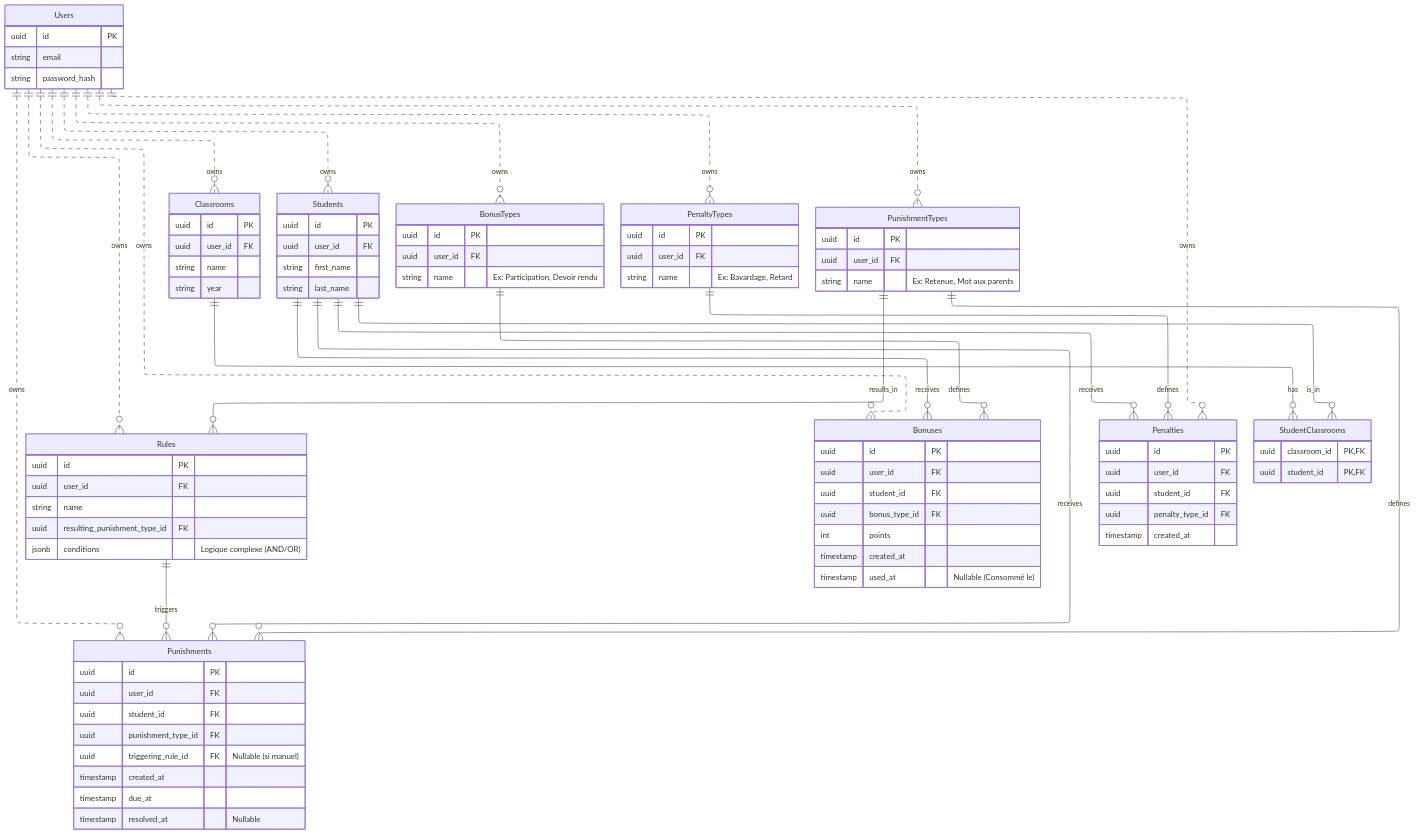
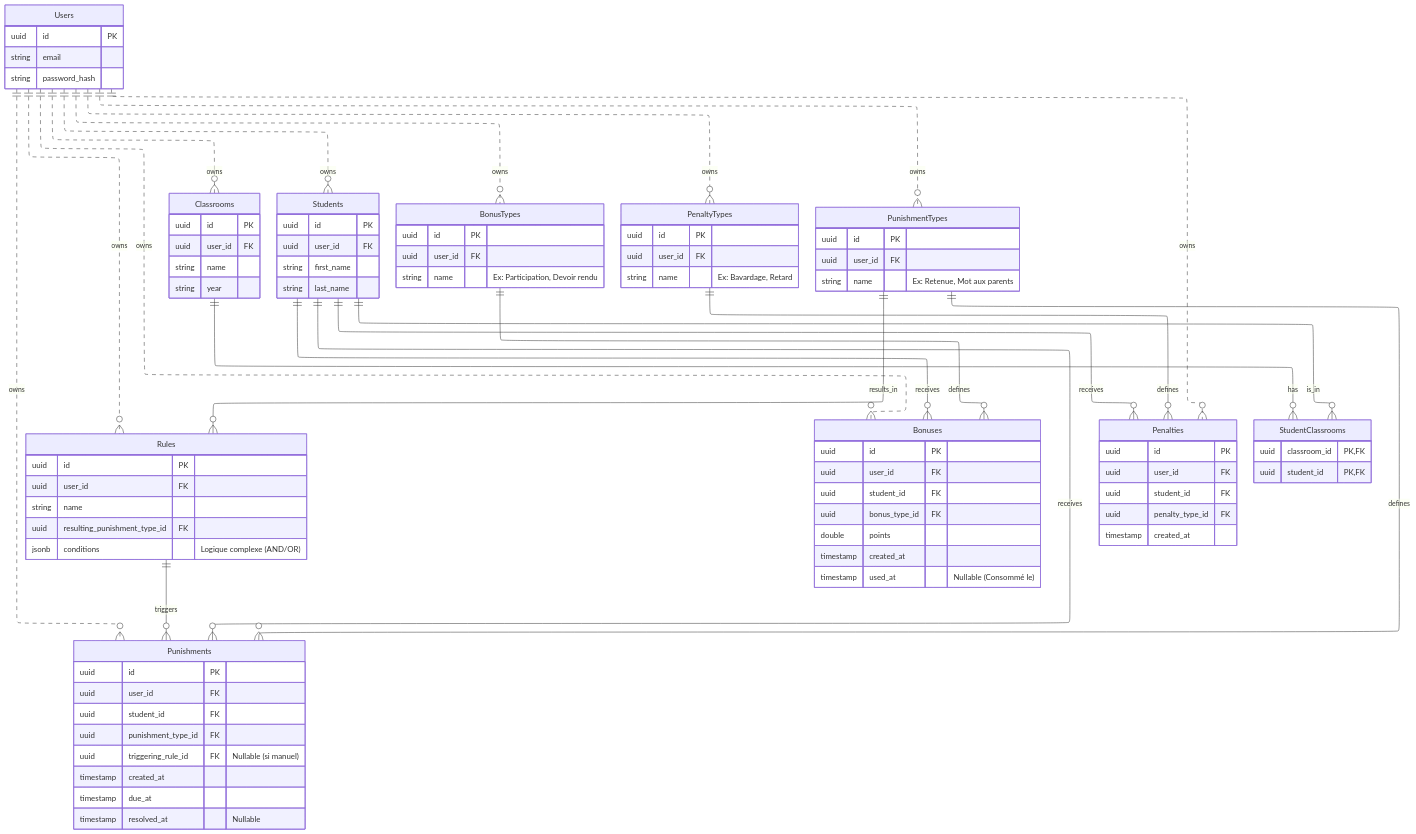
Before and after one commit to Mageas/the-punisher-backend-go: the diagram in docs/projet.md, drawn with Mermaid. The commit also changed 12 other files, not shown here.

```diff
--- a/docs/projet.md
+++ b/docs/projet.md
@@ -87,7 +87,7 @@
         uuid user_id FK ""
         uuid student_id FK ""
         uuid bonus_type_id FK ""
-        int points  ""
+        double points  ""
         timestamp created_at  ""
         timestamp used_at "Nullable (Consommé le)"
     }
```
